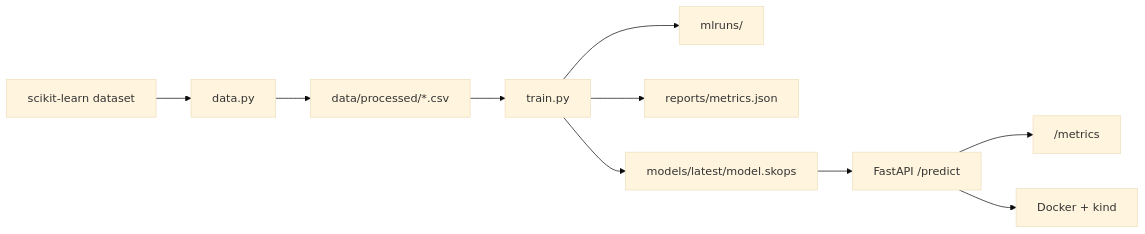
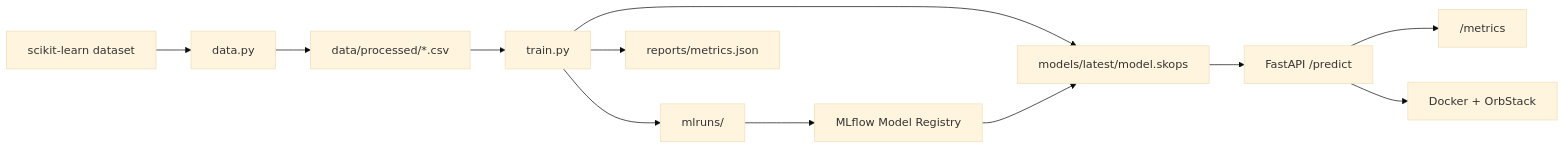
Before and after one commit to johnnymarquezv/tabular-mlops-lab: the diagram in README.md, drawn with Mermaid (base theme). The commit also changed other lines of this file and 27 other files, not shown here.

First line of the commit message:
Update local MLOps workflow and add model registry

````diff
--- a/README.md
+++ b/README.md
@@ -33,12 +33,14 @@
 ```mermaid
 flowchart LR
     Data["scikit-learn dataset"] --> Prepare["data.py"]
     Prepare --> Splits["data/processed/*.csv"]
     Splits --> Train["train.py"]
     Train --> MLflow["mlruns/"]
+    MLflow --> Registry["MLflow Model Registry"]
     Train --> Metrics["reports/metrics.json"]
     Train --> Model["models/latest/model.skops"]
+    Registry --> Model
     Model --> API["FastAPI /predict"]
     API --> Prometheus["/metrics"]
-    API --> Kubernetes["Docker + kind"]
+    API --> Kubernetes["Docker + OrbStack"]
 ```
````
